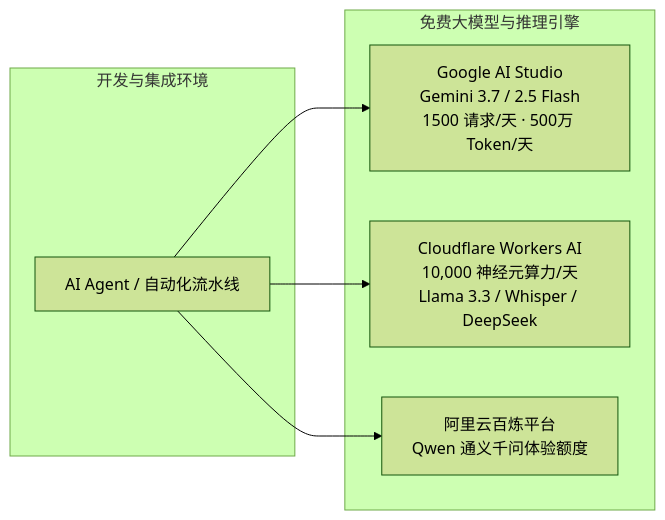
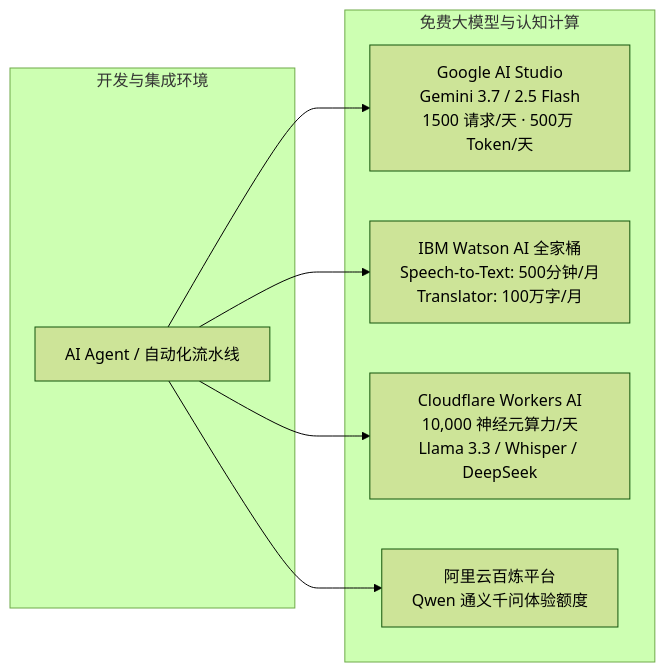
Before and after one commit to nvd11/my-blogs: the fifth of 6 diagrams in global-always-free-cloud-resources-guide.md, drawn with Mermaid (forest theme). The commit also changed other lines of this file, not shown here.

Commit message:
docs(blog): add IBM Cloud Lite resources across all sections

````diff
--- a/global-always-free-cloud-resources-guide.md
+++ b/global-always-free-cloud-resources-guide.md
@@ -182,14 +205,15 @@
 ```mermaid
 flowchart LR
     subgraph Dev["开发与集成环境"]
         Agent["AI Agent / 自动化流水线"]
     end
     
-    subgraph FreeLLM["免费大模型与推理引擎"]
+    subgraph FreeLLM["免费大模型与认知计算"]
         GS["Google AI Studio<br/>Gemini 3.7 / 2.5 Flash<br/>1500 请求/天 · 500万 Token/天"]
+        Watson["IBM Watson AI 全家桶<br/>Speech-to-Text: 500分钟/月<br/>Translator: 100万字/月"]
         WAI["Cloudflare Workers AI<br/>10,000 神经元算力/天<br/>Llama 3.3 / Whisper / DeepSeek"]
         Bailian["阿里云百炼平台<br/>Qwen 通义千问体验额度"]
     end
     
-    Agent --> GS & WAI & Bailian
+    Agent --> GS & Watson & WAI & Bailian
 ```
````
